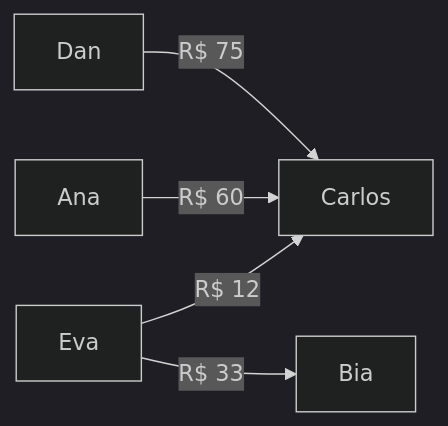
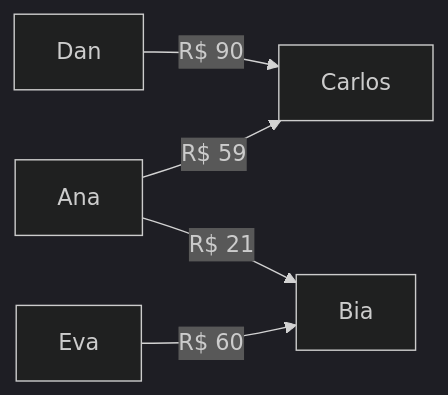
Before and after one commit to tprei/dividimos: the fourth of 4 diagrams in README.md, drawn with Mermaid (dark theme). The commit also changed other lines of this file, not shown here.

````diff
--- a/README.md
+++ b/README.md
@@ -216,7 +185,7 @@
 ```mermaid
 graph LR
-    D[Dan] -->|R$ 75| C[Carlos]
-    A[Ana] -->|R$ 60| C
-    E[Eva] -->|R$ 12| C
-    E -->|R$ 33| B[Bia]
+    D[Dan] -->|R$ 90| C[Carlos]
+    A[Ana] -->|R$ 59| C
+    A -->|R$ 21| B[Bia]
+    E[Eva] -->|R$ 60| B
 ```
````
